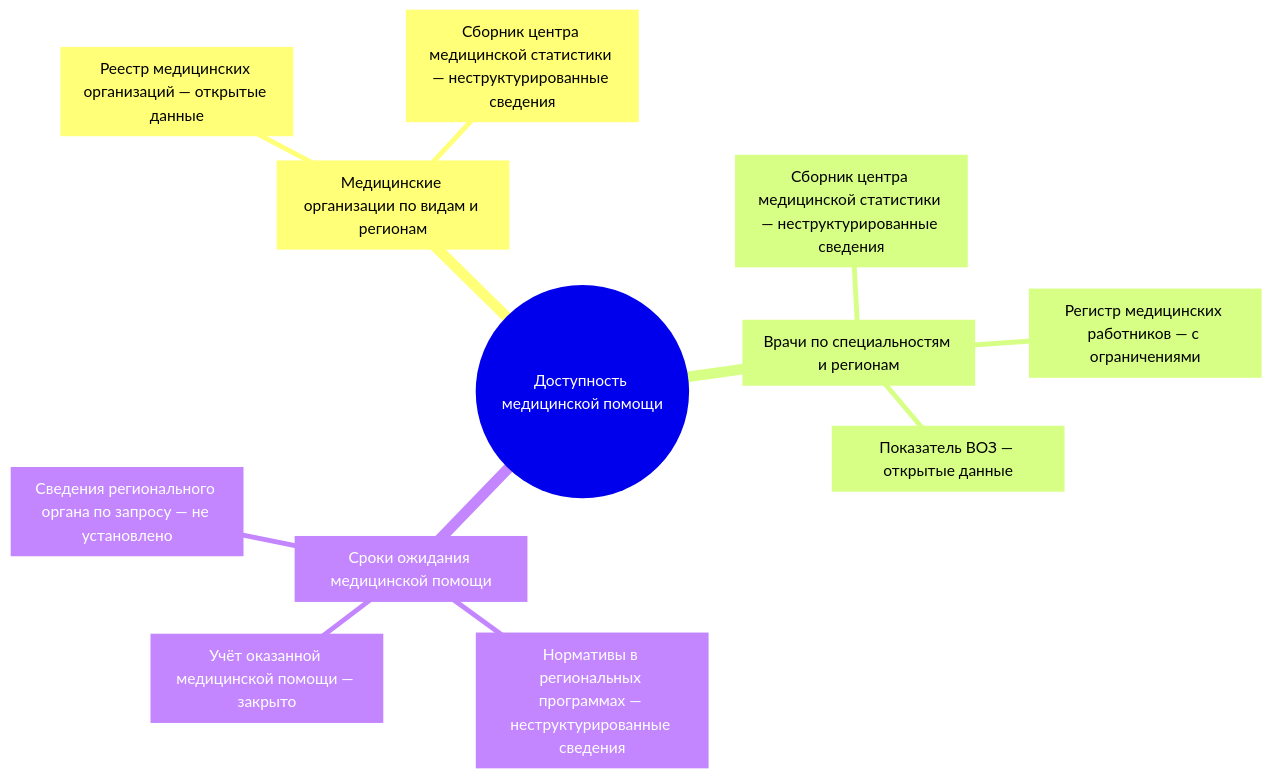
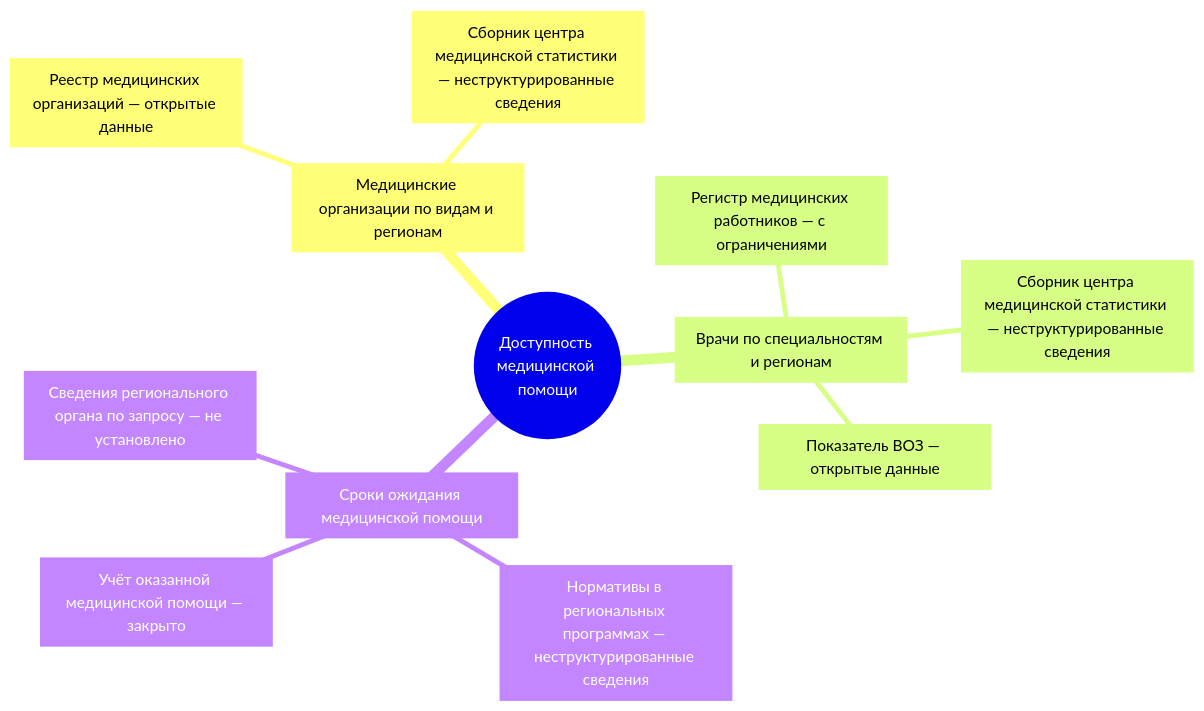
The second of 3 diagrams in docs/06-tools/02-mindmaps-and-boards.md (ivbeg/data-inventory), drawn with Mermaid before and after one commit. The commit also changed 34 other files, not shown here.

First line of the commit message:
Читаемая карта от продукта и единый размер схем в PDF

````diff
--- a/docs/06-tools/02-mindmaps-and-boards.md
+++ b/docs/06-tools/02-mindmaps-and-boards.md
@@ -126,15 +126,21 @@
 ```mermaid
+---
+config:
+  mindmap:
+    maxNodeWidth: 140
+    padding: 6
+---
 mindmap
   root((Доступность медицинской помощи))
     q1[Медицинские организации по видам и регионам]
       a1[Реестр медицинских организаций — открытые данные]
       a2[Сборник центра медицинской статистики — неструктурированные сведения]
     q2[Врачи по специальностям и регионам]
       a3[Сборник центра медицинской статистики — неструктурированные сведения]
       a4[Регистр медицинских работников — с ограничениями]
       a5[Показатель ВОЗ — открытые данные]
     q3[Сроки ожидания медицинской помощи]
       a6[Нормативы в региональных программах — неструктурированные сведения]
       a7[Учёт оказанной медицинской помощи — закрыто]
       a8[Сведения регионального органа по запросу — не установлено]
 ```
````
